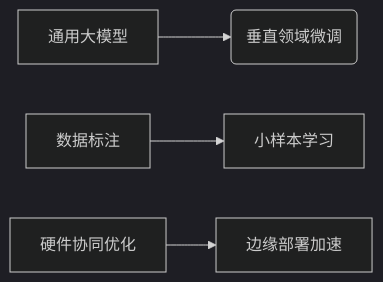
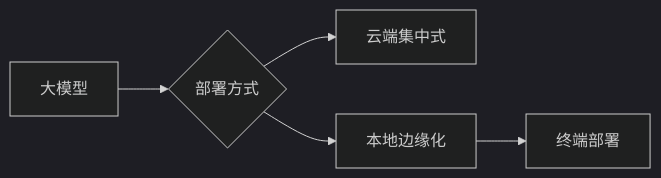
The diagram in output.md (MoLing-Dong/AITools), drawn with Mermaid (dark theme) before and after one commit. The commit also changed other lines of this file and 3 other files, not shown here.

````diff
--- a/output.md
+++ b/output.md
@@ -13,6 +21,7 @@
 ```mermaid
 graph LR
-A[通用大模型] --> B(垂直领域微调)
-C[数据标注] --> D[小样本学习]
-E[硬件协同优化] --> F[边缘部署加速]
+A[大模型] --> B{部署方式}
+B --> C[云端集中式]
+B --> D[本地边缘化]
+D --> E[终端部署]
 ```
````
